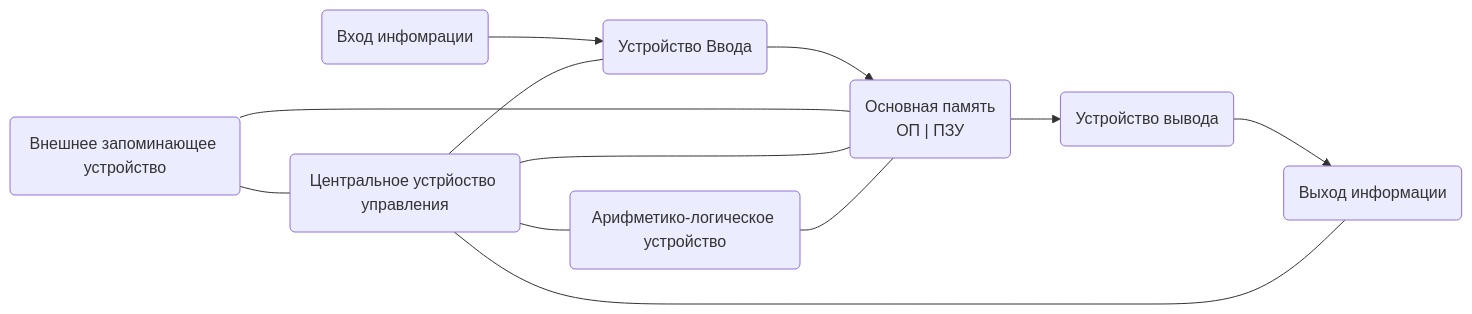
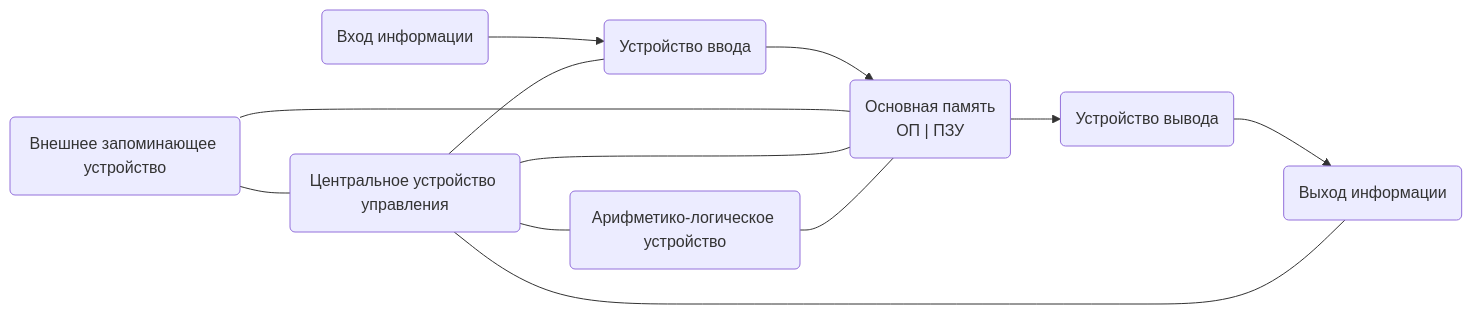
The diagram in Учеба КНИТУ/Информатика/Конспекты лекций/Информация и информатика 22.10.26.md (wesdyqq/study-sync), drawn with Mermaid before and after one commit. The commit also changed other lines of this file and 43 other files, not shown here.

````diff
--- a/Учеба КНИТУ/Информатика/Конспекты лекций/Информация и информатика 22.10.26.md
+++ b/Учеба КНИТУ/Информатика/Конспекты лекций/Информация и информатика 22.10.26.md
@@ -24,19 +32,19 @@
 ```mermaid
 flowchart LR
-A("Вход инфомрации")
-AA("Устройство Ввода")
+A("Вход информации")
+AA("Устройство ввода")
 B("Основная память</br>ОП | ПЗУ")
 CC("Выход информации")
 C("Устройство вывода")
 D("Внешнее запоминающее устройство")
-E("Центральное устрйоство управления")
+E("Центральное устройство управления")
 F("Арифметико-логическое устройство")
 
 A-->AA-->B-->C-->CC
 D---E---F
 D---B
 E---B
 E---AA
 E---CC
 F---B
 ```
````
